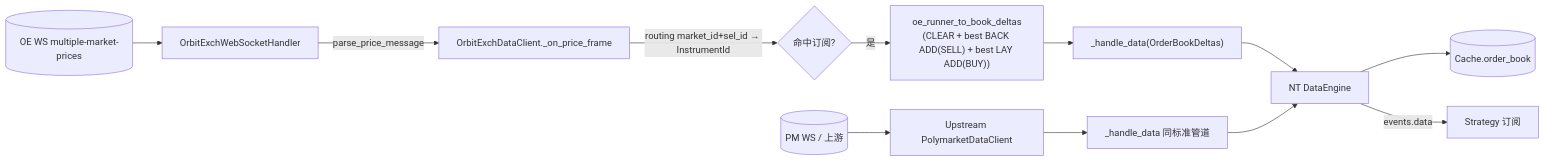
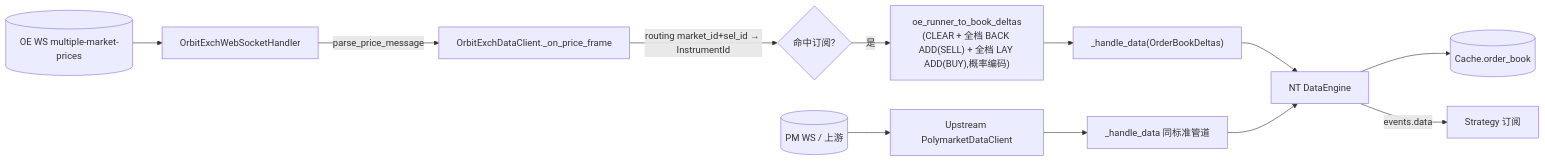
The diagram in docs/arbitrage/architectures/data/architecture.md (psnewer/nautilus_trader), drawn with Mermaid before and after one commit. The commit also changed other lines of this file and 30 other files, not shown here.

````diff
--- a/docs/arbitrage/architectures/data/architecture.md
+++ b/docs/arbitrage/architectures/data/architecture.md
@@ -29,14 +29,14 @@
 ```mermaid
 flowchart LR
   V[(OE WS multiple-market-prices)] --> WSH[OrbitExchWebSocketHandler]
   WSH -->|parse_price_message| DC[OrbitExchDataClient._on_price_frame]
   DC -->|routing market_id+sel_id → InstrumentId| MAP{命中订阅?}
-  MAP -->|是| CONV["oe_runner_to_book_deltas\n(CLEAR + best BACK ADD(SELL) + best LAY ADD(BUY))"]
+  MAP -->|是| CONV["oe_runner_to_book_deltas\n(CLEAR + 全档 BACK ADD(SELL) + 全档 LAY ADD(BUY),概率编码)"]
   CONV --> HD["_handle_data(OrderBookDeltas)"]
   HD --> DE[NT DataEngine]
   DE --> C[(Cache.order_book)]
   DE -->|events.data| ST[Strategy 订阅]
   PMWS[(PM WS / 上游)] --> PMUP[Upstream PolymarketDataClient]
   PMUP --> HD2[_handle_data 同标准管道]
   HD2 --> DE
 ```
````
